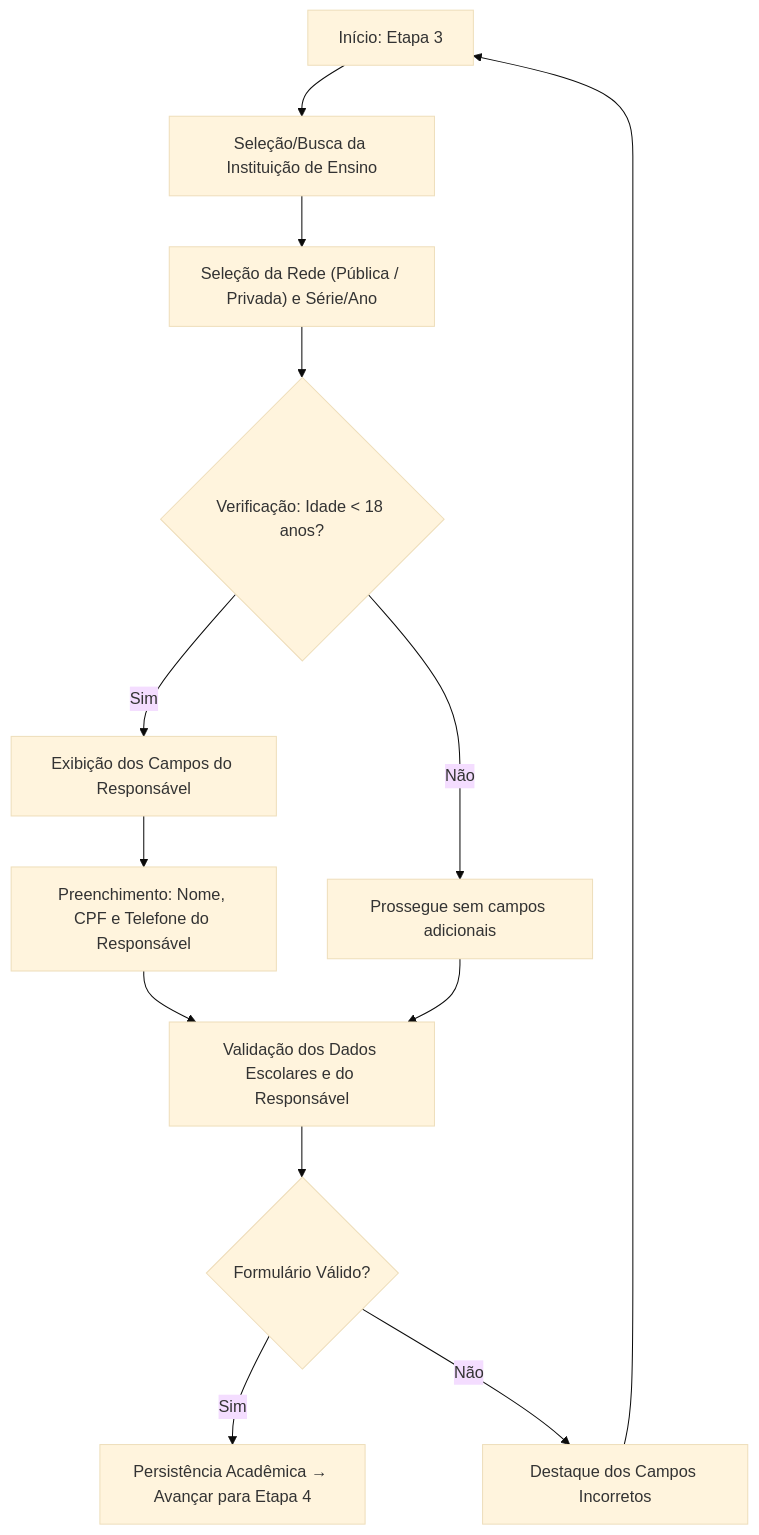
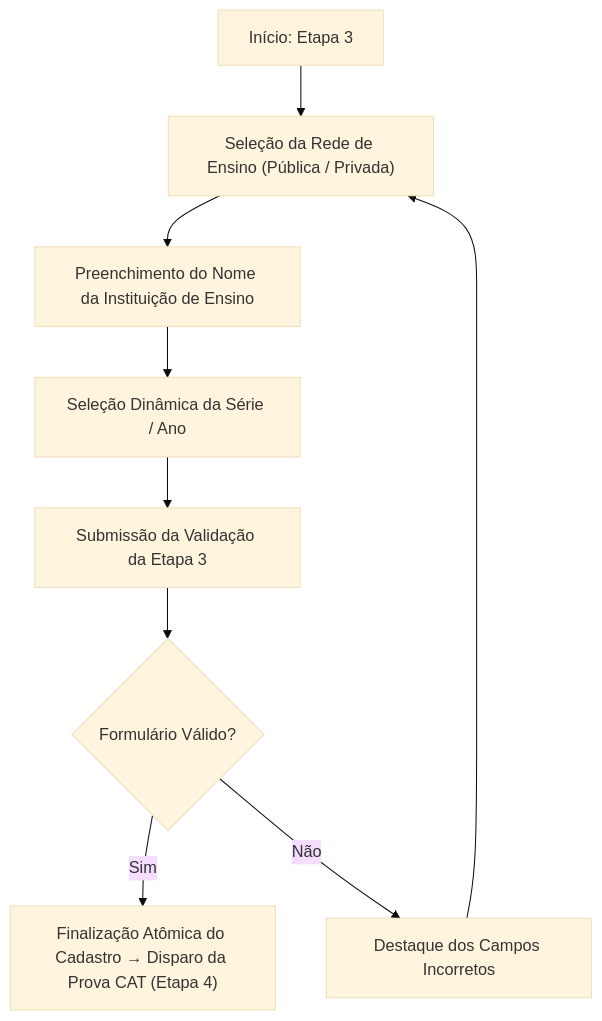
One commit to SiadeLucas/Tutor-Inteligente changed the third of 3 diagrams in docs/modules/onboarding/flow/wizard.md. Above: the diagram before and after it, drawn with Mermaid (base theme). The commit also changed other lines of this file and 40 other files, not shown here.

````diff
--- a/docs/modules/onboarding/flow/wizard.md
+++ b/docs/modules/onboarding/flow/wizard.md
@@ -58,15 +63,11 @@
 ```mermaid
 flowchart TD
-    A["Início: Etapa 3"] --> B["Seleção/Busca da Instituição de Ensino"]
-    B --> C["Seleção da Rede (Pública / Privada) e Série/Ano"]
-    C --> D{"Verificação: Idade < 18 anos?"}
-    D -->|Sim| E["Exibição dos Campos do Responsável"]
-    E --> F["Preenchimento: Nome, CPF e Telefone do Responsável"]
-    D -->|Não| G["Prossegue sem campos adicionais"]
-    F --> H["Validação dos Dados Escolares e do Responsável"]
-    G --> H
-    H --> I{"Formulário Válido?"}
-    I -->|Sim| J["Persistência Acadêmica → Avançar para Etapa 4"]
-    I -->|Não| K["Destaque dos Campos Incorretos"]
-    K --> A
+    A["Início: Etapa 3"] --> B["Seleção da Rede de Ensino (Pública / Privada)"]
+    B --> C["Preenchimento do Nome da Instituição de Ensino"]
+    C --> D["Seleção Dinâmica da Série / Ano"]
+    D --> E["Submissão da Validação da Etapa 3"]
+    E --> F{"Formulário Válido?"}
+    F -->|Sim| G["Finalização Atômica do Cadastro → Disparo da Prova CAT (Etapa 4)"]
+    F -->|Não| H["Destaque dos Campos Incorretos"]
+    H --> B
 ```
````
